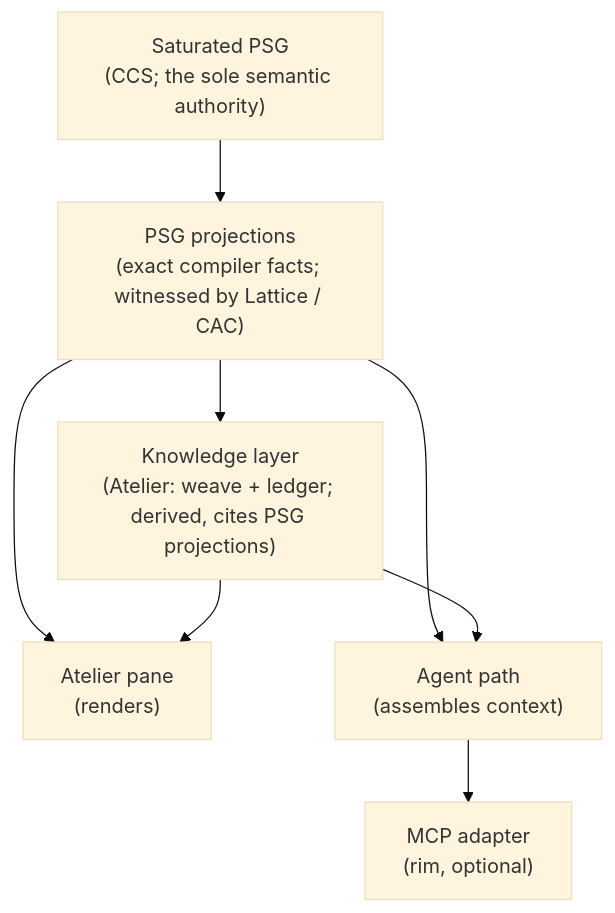
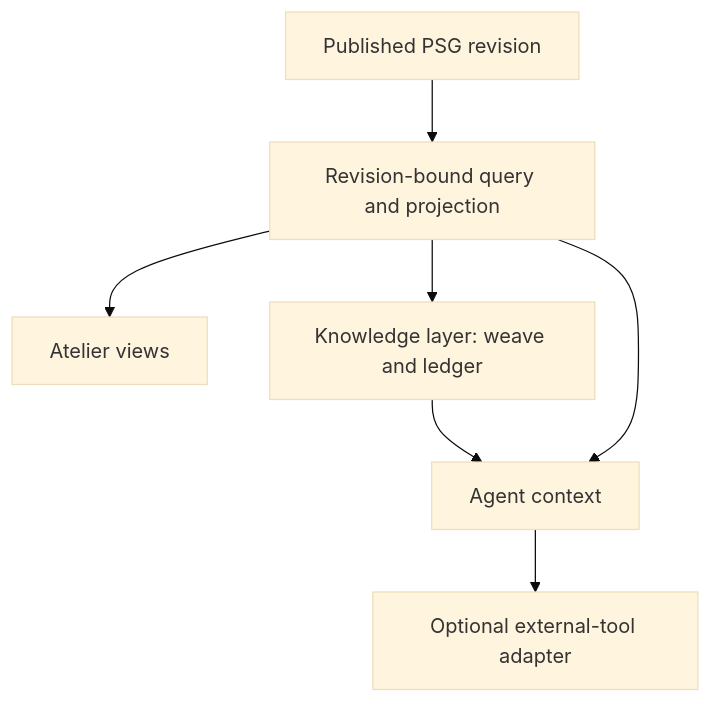
Before and after one commit to FidelityFramework/Atelier: the diagram in docs/knowledge-layer/08_agent_surface.md, drawn with Mermaid (base theme). The commit also changed other lines of this file and 21 other files, not shown here.

````diff
--- a/docs/knowledge-layer/08_agent_surface.md
+++ b/docs/knowledge-layer/08_agent_surface.md
@@ -19,18 +15,9 @@
 ```mermaid
 flowchart TB
-    psg["Saturated PSG<br/>(CCS; the sole semantic authority)"]
-    proj["PSG projections<br/>(exact compiler facts; witnessed by Lattice / CAC)"]
-    kl["Knowledge layer<br/>(Atelier: weave + ledger; derived, cites PSG projections)"]
-    psg --> proj
-    proj --> kl
-
-    pane["Atelier pane<br/>(renders)"]
-    agentpath["Agent path<br/>(assembles context)"]
-    adapter["MCP adapter<br/>(rim, optional)"]
-
-    proj --> pane
-    kl --> pane
-    proj --> agentpath
-    kl --> agentpath
-    agentpath --> adapter
+    psg["Published PSG revision"] --> projection["Revision-bound query and projection"]
+    projection --> pane["Atelier views"]
+    projection --> knowledge["Knowledge layer: weave and ledger"]
+    knowledge --> agent["Agent context"]
+    projection --> agent
+    agent --> adapter["Optional external-tool adapter"]
 ```
````
